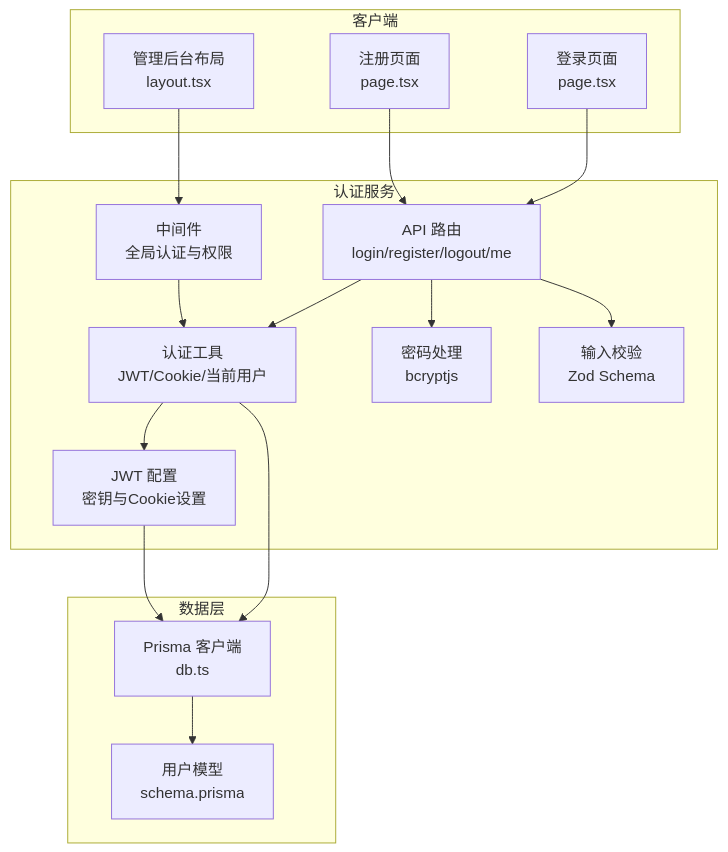
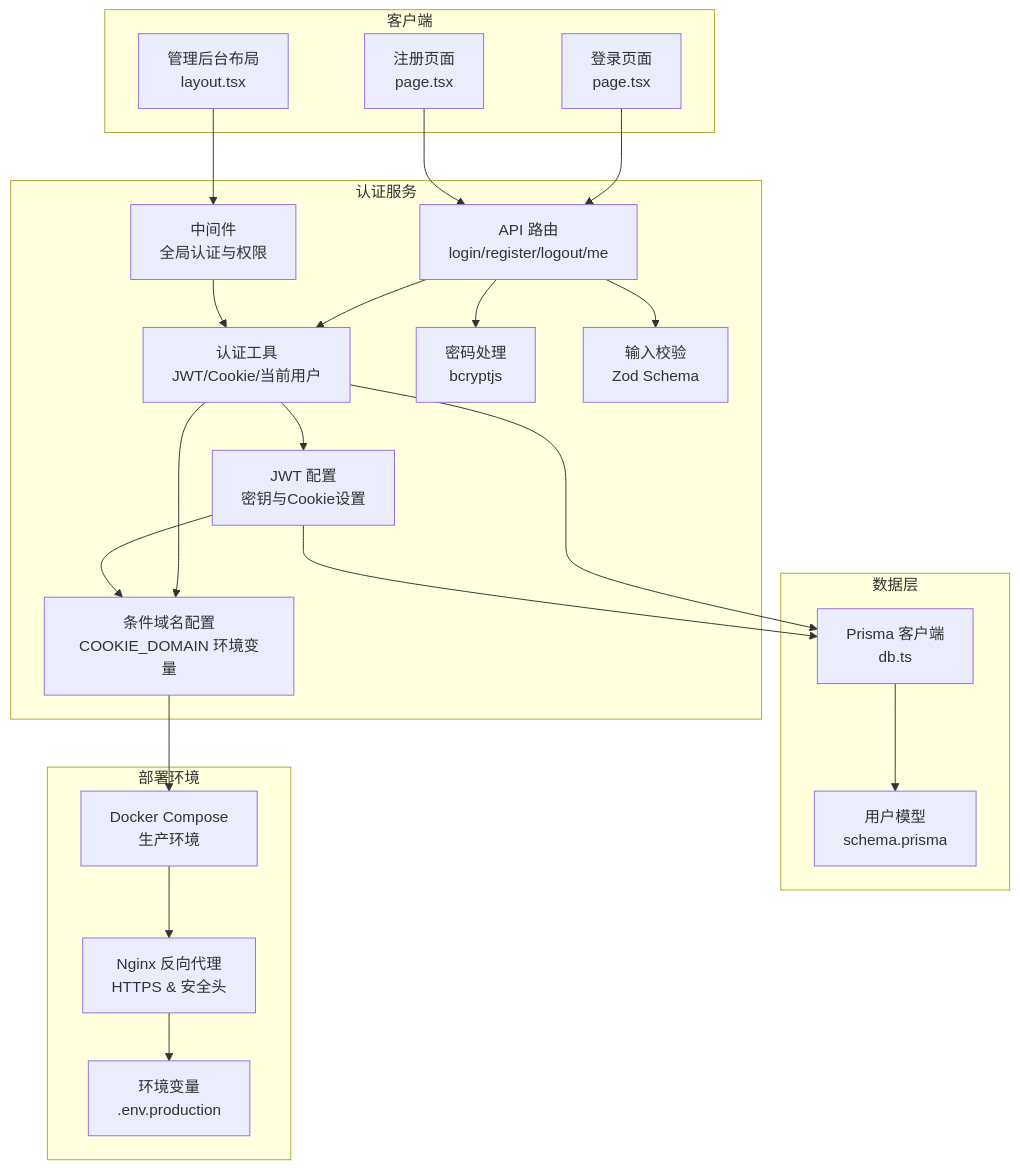
One commit to three3638-arch/celestia_2b changed the first of 5 diagrams in .qoder/repowiki/zh/content/认证系统/认证系统.md. Above: the diagram before and after it, drawn with Mermaid. The commit also changed other lines of this file and 25 other files, not shown here.

````diff
--- a/.qoder/repowiki/zh/content/认证系统/认证系统.md
+++ b/.qoder/repowiki/zh/content/认证系统/认证系统.md
@@ -60,31 +63,42 @@
 ```mermaid
 graph TB
 subgraph "认证服务"
 A["API 路由<br/>login/register/logout/me"]
 B["认证工具<br/>JWT/Cookie/当前用户"]
 C["密码处理<br/>bcryptjs"]
 D["输入校验<br/>Zod Schema"]
 E["中间件<br/>全局认证与权限"]
 F["JWT 配置<br/>密钥与Cookie设置"]
+G["条件域名配置<br/>COOKIE_DOMAIN 环境变量"]
 end
 subgraph "数据层"
-G["Prisma 客户端<br/>db.ts"]
-H["用户模型<br/>schema.prisma"]
+H["Prisma 客户端<br/>db.ts"]
+I["用户模型<br/>schema.prisma"]
 end
 subgraph "客户端"
-I["登录页面<br/>page.tsx"]
-J["注册页面<br/>page.tsx"]
-K["管理后台布局<br/>layout.tsx"]
+J["登录页面<br/>page.tsx"]
+K["注册页面<br/>page.tsx"]
+L["管理后台布局<br/>layout.tsx"]
+end
+subgraph "部署环境"
+M["Docker Compose<br/>生产环境"]
+N["Nginx 反向代理<br/>HTTPS & 安全头"]
+O["环境变量<br/>.env.production"]
 end
 A --> B
 A --> C
 A --> D
 B --> F
 B --> G
 F --> G
-G --> H
+G --> M
+M --> N
+N --> O
+B --> H
+F --> H
+H --> I
 E --> B
-I --> A
 J --> A
-K --> E
+K --> A
+L --> E
 ```
````
